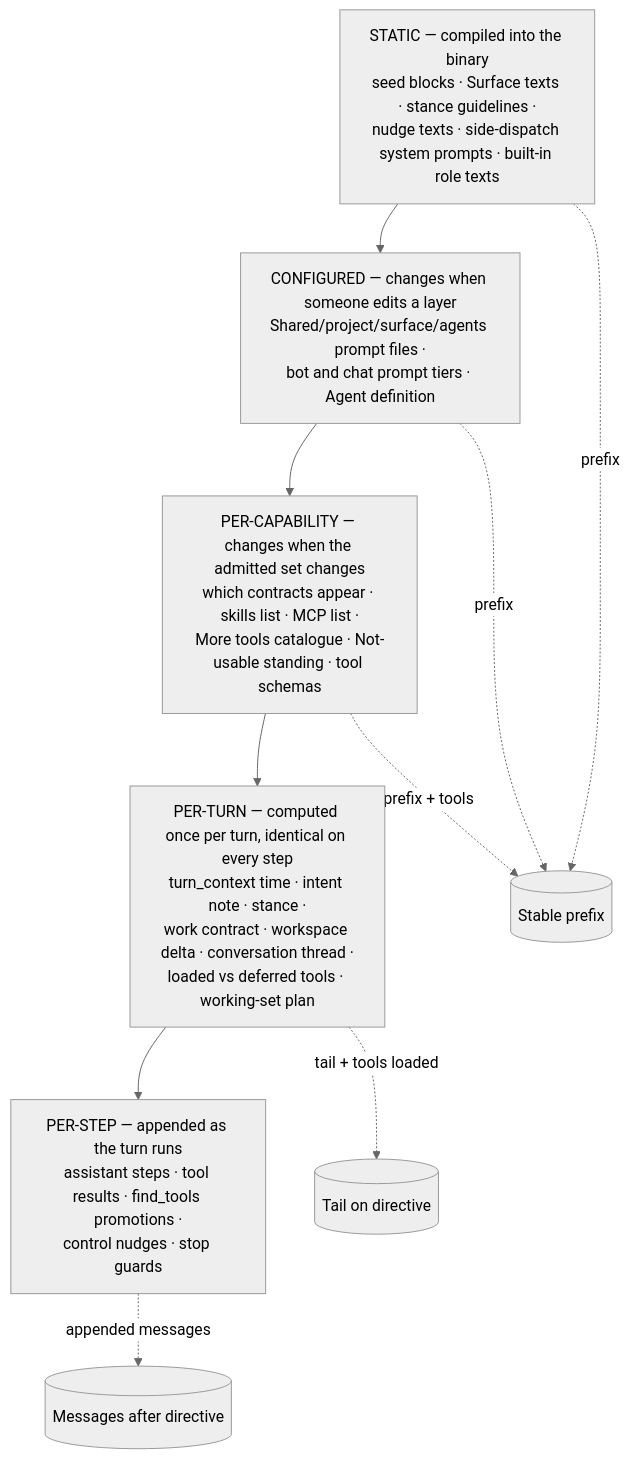
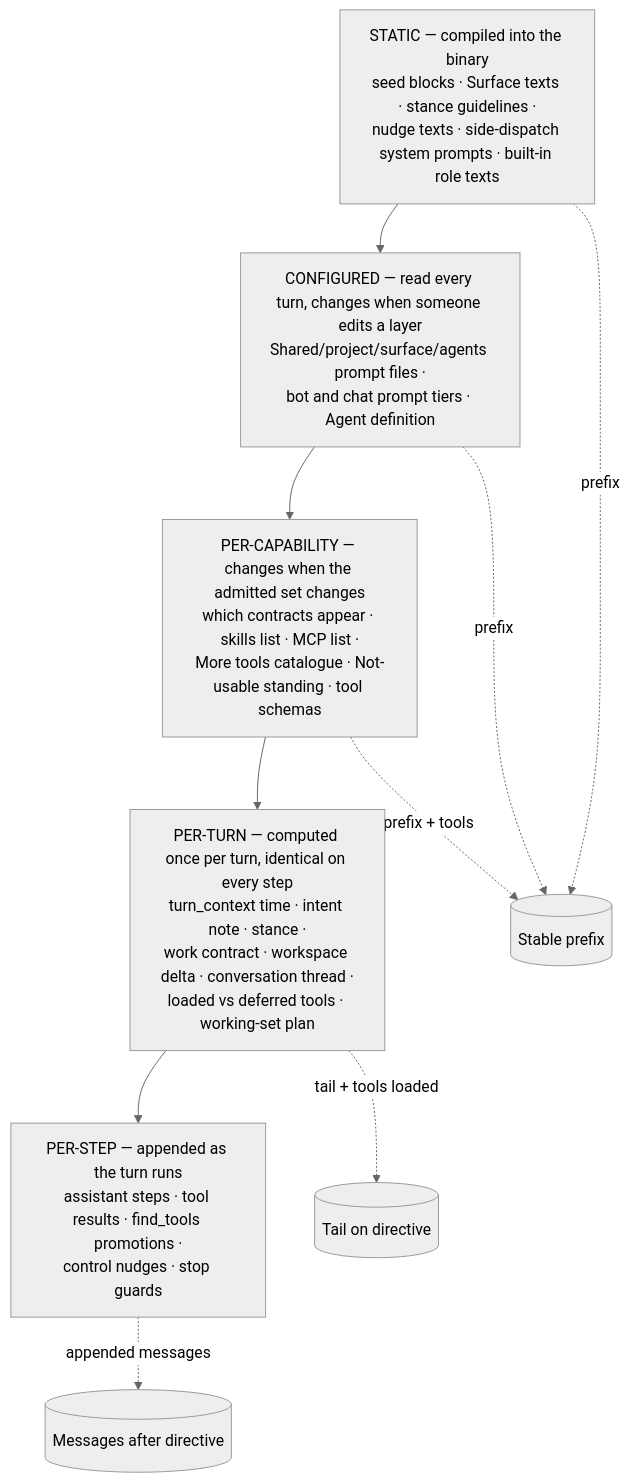
The second of 14 diagrams in docs/design/83-prompt-system.md (nranjan2code/code), drawn with Mermaid (neutral theme) before and after one commit. The commit also changed other lines of this file and 3 other files, not shown here.

````diff
--- a/docs/design/83-prompt-system.md
+++ b/docs/design/83-prompt-system.md
@@ -137,14 +137,14 @@
 ```mermaid
 flowchart TB
     S["STATIC — compiled into the binary<br/>seed blocks · Surface texts · stance guidelines ·<br/>nudge texts · side-dispatch system prompts · built-in role texts"]
-    C["CONFIGURED — changes when someone edits a layer<br/>Shared/project/surface/agents prompt files ·<br/>bot and chat prompt tiers · Agent definition"]
+    C["CONFIGURED — read every turn, changes when someone edits a layer<br/>Shared/project/surface/agents prompt files ·<br/>bot and chat prompt tiers · Agent definition"]
     P["PER-CAPABILITY — changes when the admitted set changes<br/>which contracts appear · skills list · MCP list ·<br/>More tools catalogue · Not-usable standing · tool schemas"]
     T["PER-TURN — computed once per turn, identical on every step<br/>turn_context time · intent note · stance ·<br/>work contract · workspace delta · conversation thread ·<br/>loaded vs deferred tools · working-set plan"]
     X["PER-STEP — appended as the turn runs<br/>assistant steps · tool results · find_tools promotions ·<br/>control nudges · stop guards"]
     S --> C --> P --> T --> X
     S -. "prefix" .-> Prefix[(Stable prefix)]
     C -. "prefix" .-> Prefix
     P -. "prefix + tools" .-> Prefix
     T -. "tail + tools loaded" .-> TailBox[(Tail on directive)]
     X -. "appended messages" .-> Msgs[(Messages after directive)]
 ```
````
